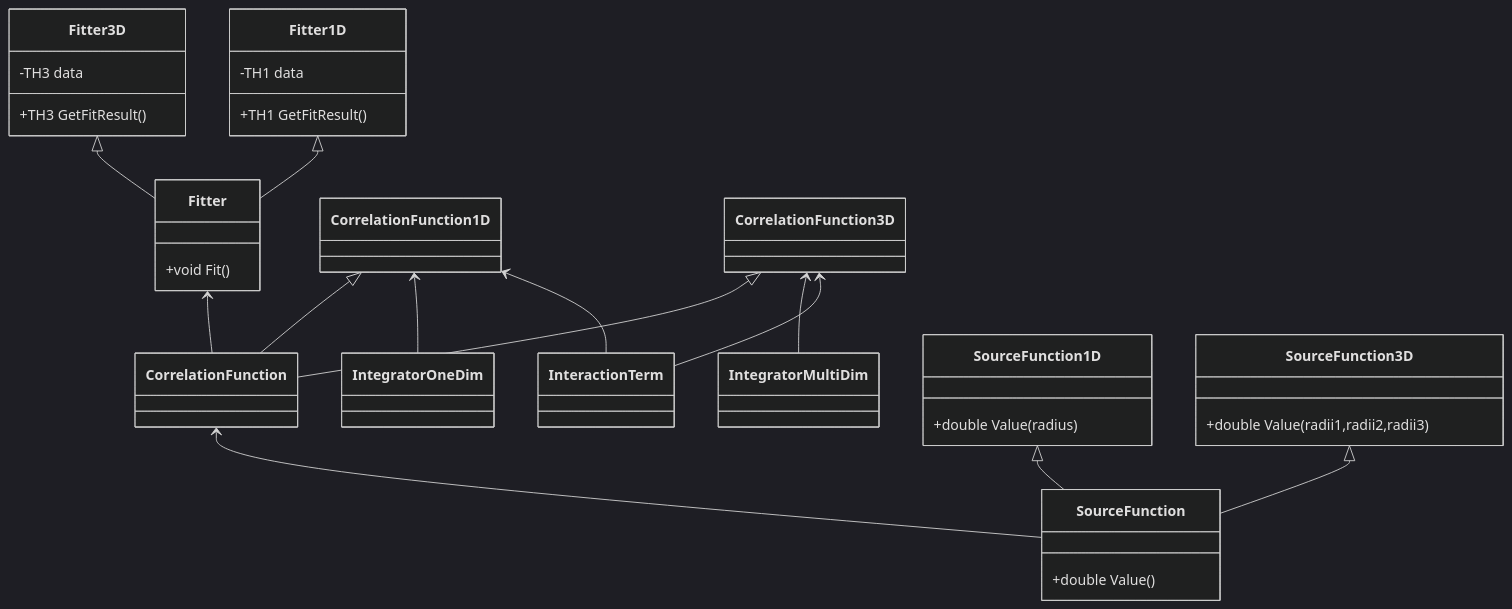
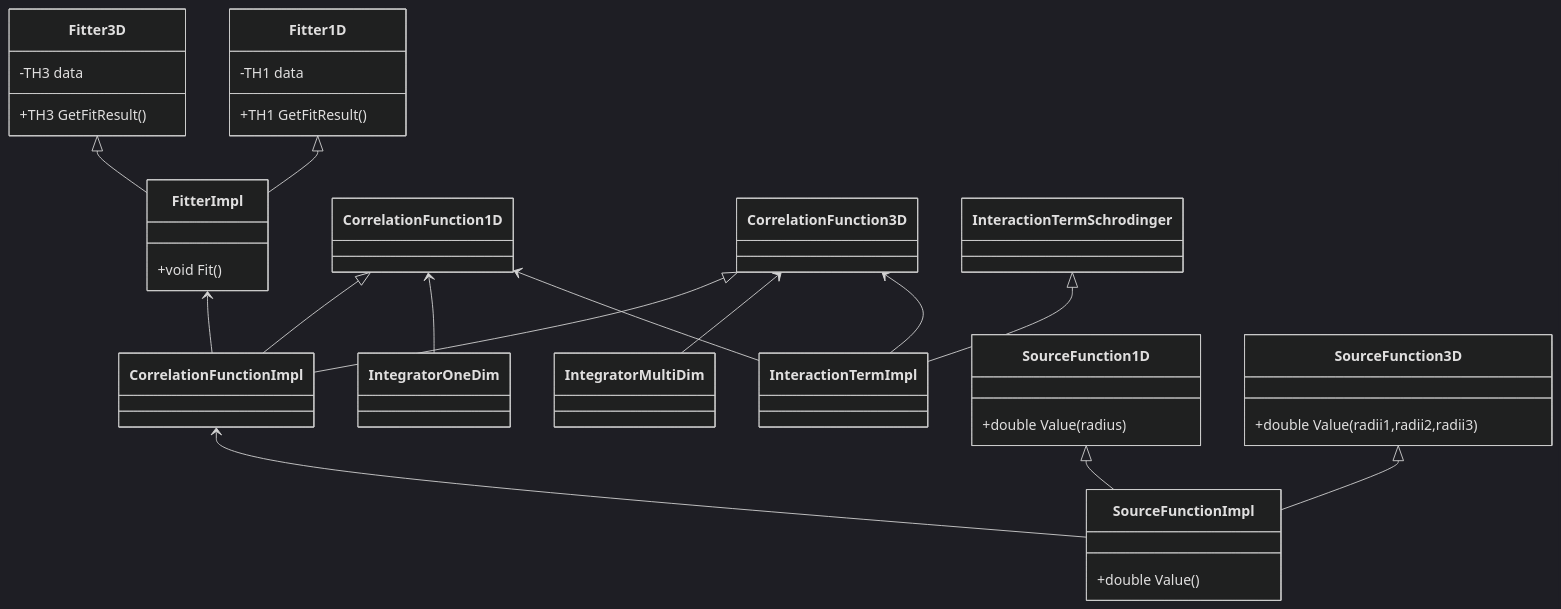
Before and after one commit to JohnTheBlindMilkman/JJCorrFitter: the first of 2 diagrams in README.md, drawn with Mermaid (dark theme). The commit also changed 12 other files, not shown here.

````diff
--- a/README.md
+++ b/README.md
@@ -6,45 +6,48 @@
 ```mermaid
 
 classDiagram
-    Fitter1D <|-- Fitter
-    Fitter3D <|-- Fitter
-    CorrelationFunction <-- SourceFunction
-    CorrelationFunction1D <-- InteractionTerm
-    CorrelationFunction3D <-- InteractionTerm
+    Fitter1D <|-- FitterImpl
+    Fitter3D <|-- FitterImpl
+    CorrelationFunctionImpl <-- SourceFunctionImpl
+    CorrelationFunction1D <-- InteractionTermImpl
+    CorrelationFunction3D <-- InteractionTermImpl
+    InteractionTermSchrodinger <|-- InteractionTermImpl
     CorrelationFunction1D <-- IntegratorOneDim
     CorrelationFunction3D <-- IntegratorMultiDim
-    CorrelationFunction1D <|-- CorrelationFunction
-    CorrelationFunction3D <|-- CorrelationFunction
-    Fitter <-- CorrelationFunction
-    SourceFunction1D <|-- SourceFunction
-    SourceFunction3D <|-- SourceFunction
-    class Fitter{
+    CorrelationFunction1D <|-- CorrelationFunctionImpl
+    CorrelationFunction3D <|-- CorrelationFunctionImpl
+    FitterImpl <-- CorrelationFunctionImpl
+    SourceFunction1D <|-- SourceFunctionImpl
+    SourceFunction3D <|-- SourceFunctionImpl
+    class FitterImpl{
         +void Fit()
     }
     class Fitter1D{
         -TH1 data
         +TH1 GetFitResult()
     }
     class Fitter3D{
         -TH3 data
         +TH3 GetFitResult()
     }
-    class SourceFunction{
+    class SourceFunctionImpl{
         +double Value()
     }
     class SourceFunction1D{
         +double Value(radius)
     }
     class SourceFunction3D{
         +double Value(radii1,radii2,radii3)
     }
-    class CorrelationFunction{
+    class CorrelationFunctionImpl{
     }
     class CorrelationFunction1D{
     }
     class CorrelationFunction3D{
     }
-    class InteractionTerm{
+    class InteractionTermImpl{
+    }
+    class InteractionTermSchrodinger{
     }
 
 ```
````
